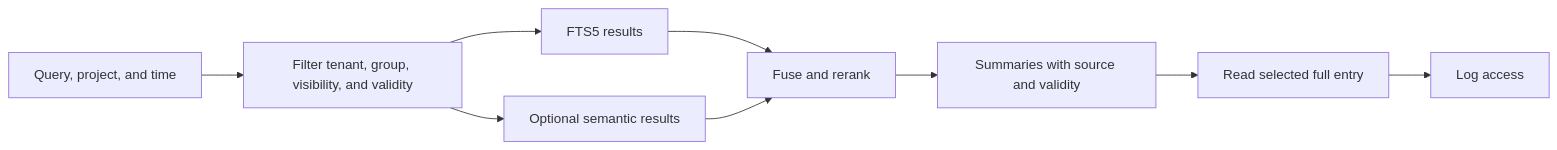
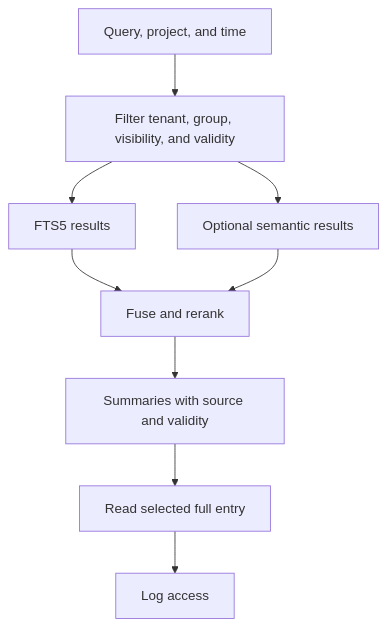
One commit to 3lehr/brainlehr changed the second of 2 diagrams in README.md. Above: the diagram before and after it, drawn with Mermaid. The commit also changed other lines of this file and 1 other file, not shown here.

````diff
--- a/README.md
+++ b/README.md
@@ -42,11 +44,11 @@
 ```mermaid
-flowchart LR
+flowchart TD
     A["Query, project, and time"] --> B["Filter tenant, group, visibility, and validity"]
     B --> C["FTS5 results"]
     B --> D["Optional semantic results"]
     C --> E["Fuse and rerank"]
     D --> E
     E --> F["Summaries with source and validity"]
     F --> G["Read selected full entry"]
     G --> H["Log access"]
 ```
````
